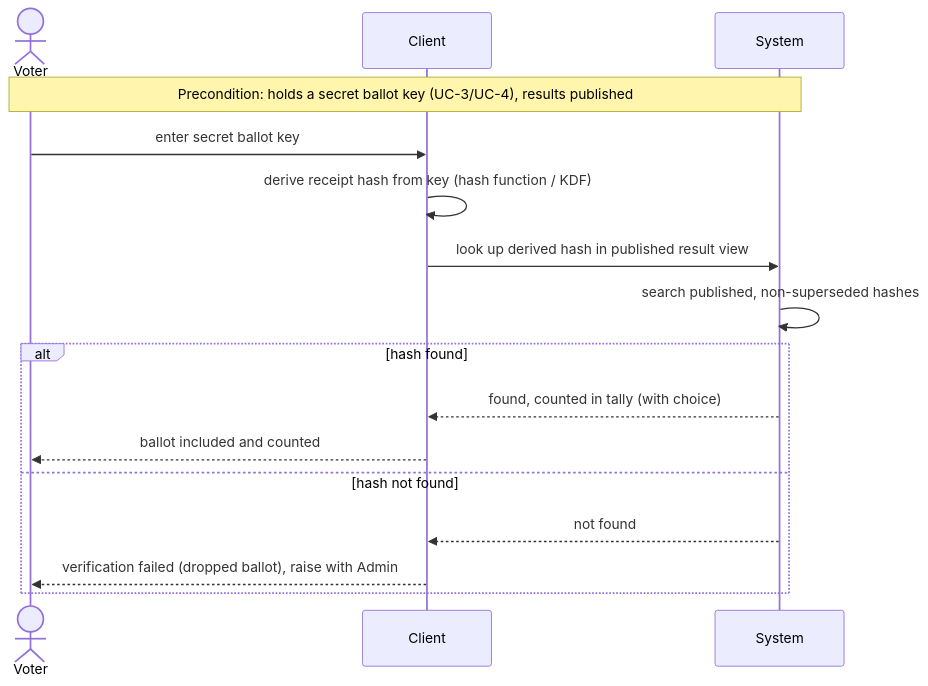
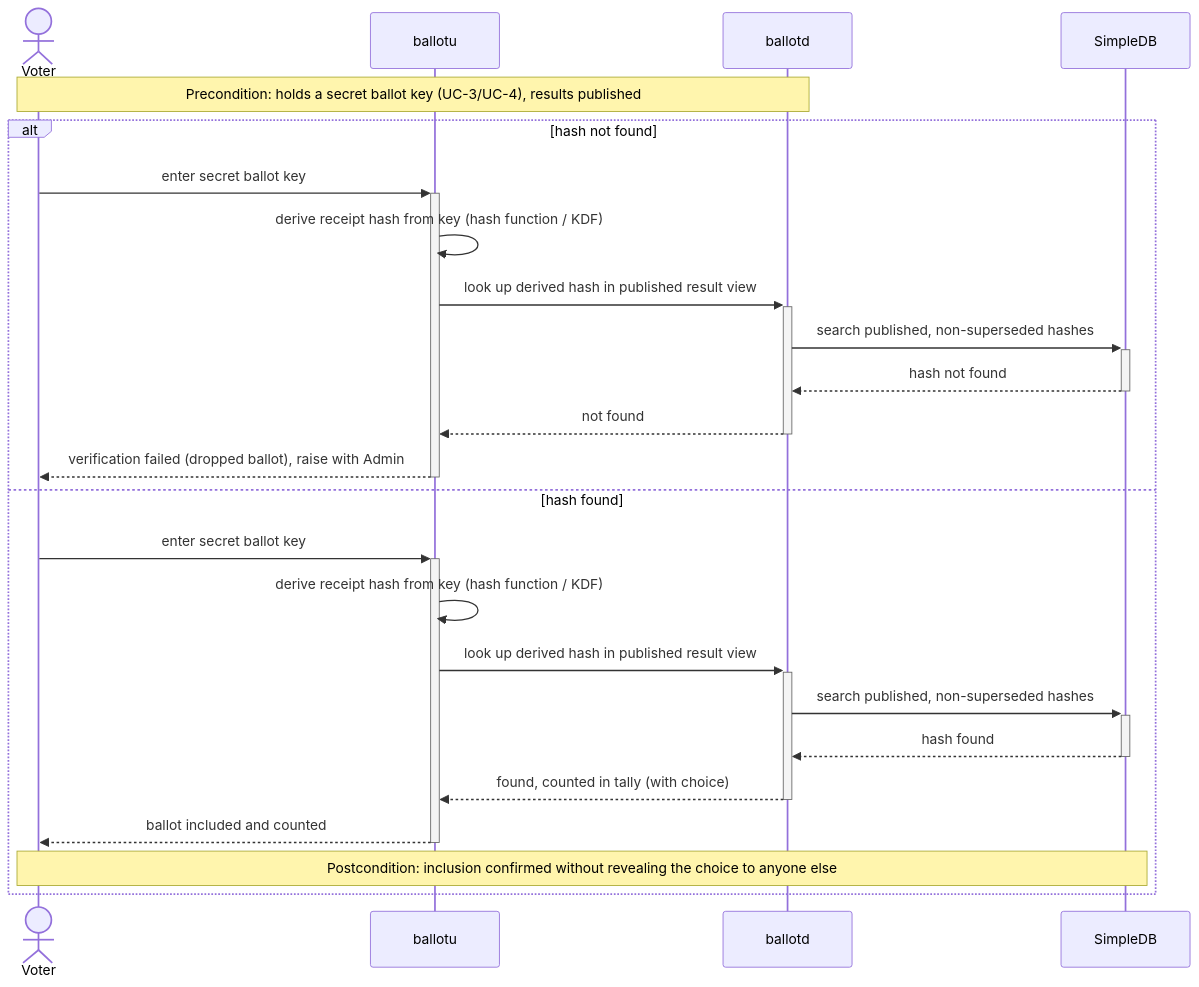
One commit to JediNakDev/ballotbox changed the seventh of 8 diagrams in README.md. Above: the diagram before and after it, drawn with Mermaid. The commit also changed other lines of this file, not shown here.

Commit message:
docs: architecture detail

````diff
--- a/README.md
+++ b/README.md
@@ -311,20 +415,28 @@
 ```mermaid
 sequenceDiagram
     actor Voter
-    participant Client
-    participant System
+    participant ballotu
+    participant ballotd
+    participant SimpleDB
 
-    note over Voter,System: Precondition: holds a secret ballot key (UC-3/UC-4), results published
+    note over Voter,ballotd: Precondition: holds a secret ballot key (UC-3/UC-4), results published
 
-    Voter->>Client: enter secret ballot key
-    Client->>Client: derive receipt hash from key (hash function / KDF)
-    Client->>System: look up derived hash in published result view
-    System->>System: search published, non-superseded hashes
-    alt hash found
-        System-->>Client: found, counted in tally (with choice)
-        Client-->>Voter: ballot included and counted
-    else hash not found
-        System-->>Client: not found
-        Client-->>Voter: verification failed (dropped ballot), raise with Admin
+    alt hash not found
+        Voter->>+ballotu: enter secret ballot key
+        ballotu->>ballotu: derive receipt hash from key (hash function / KDF)
+        ballotu->>+ballotd: look up derived hash in published result view
+        ballotd->>+SimpleDB: search published, non-superseded hashes
+        SimpleDB-->>-ballotd: hash not found
+        ballotd-->>-ballotu: not found
+        ballotu-->>-Voter: verification failed (dropped ballot), raise with Admin
+    else hash found
+        Voter->>+ballotu: enter secret ballot key
+        ballotu->>ballotu: derive receipt hash from key (hash function / KDF)
+        ballotu->>+ballotd: look up derived hash in published result view
+        ballotd->>+SimpleDB: search published, non-superseded hashes
+        SimpleDB-->>-ballotd: hash found
+        ballotd-->>-ballotu: found, counted in tally (with choice)
+        ballotu-->>-Voter: ballot included and counted
+        note over Voter,SimpleDB: Postcondition: inclusion confirmed without revealing the choice to anyone else
     end
 ```
````
